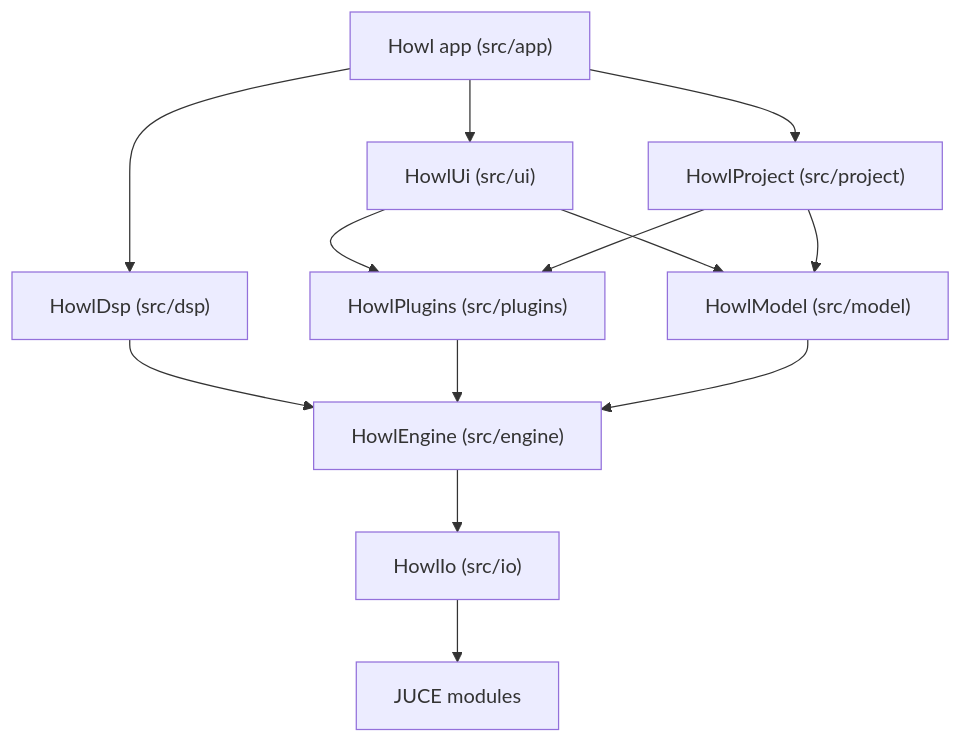
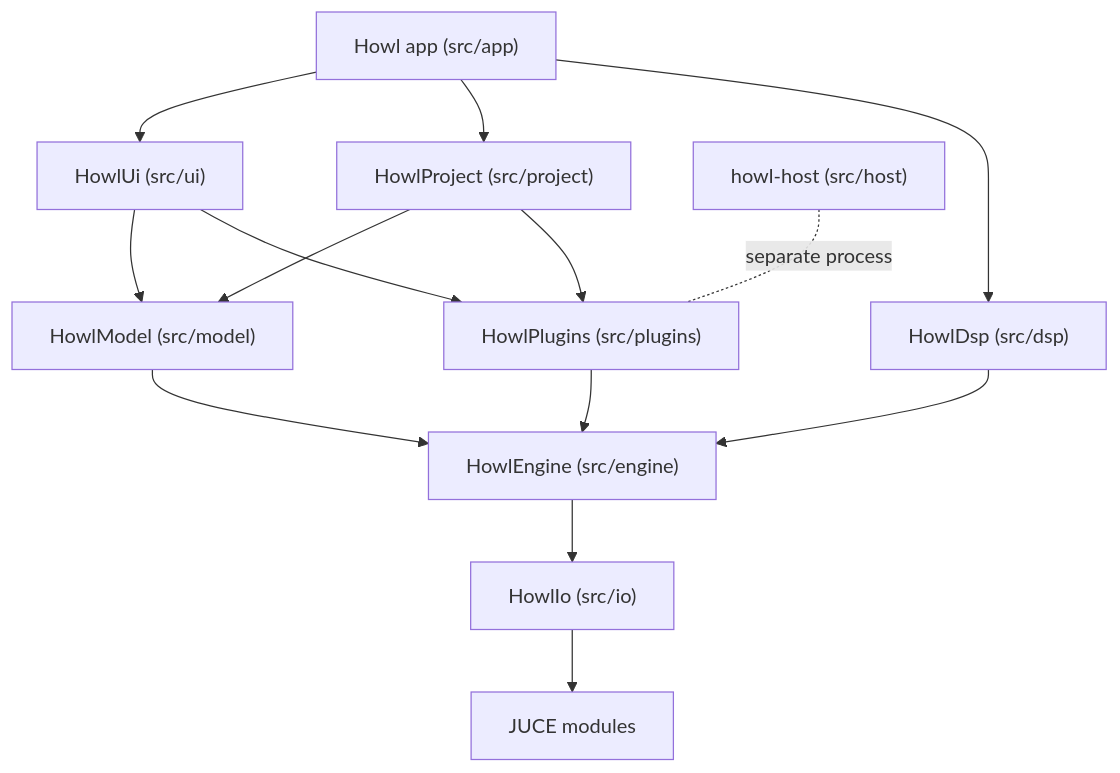
Before and after one commit to ajnieves1/Howl: the diagram in docs/architecture.md, drawn with Mermaid. The commit also changed other lines of this file and 3 other files, not shown here.

First line of the commit message:
bring the reference docs up to date with the current architecture

````diff
--- a/docs/architecture.md
+++ b/docs/architecture.md
@@ -7,15 +7,16 @@
 ```mermaid
 flowchart TD
     App["Howl app (src/app)"] --> Ui["HowlUi (src/ui)"]
     App --> Project["HowlProject (src/project)"]
     App --> Dsp["HowlDsp (src/dsp)"]
     Ui --> Model["HowlModel (src/model)"]
     Ui --> Plugins["HowlPlugins (src/plugins)"]
     Project --> Model
     Project --> Plugins
     Dsp --> Engine["HowlEngine (src/engine)"]
     Plugins --> Engine
     Model --> Engine
     Engine --> Io["HowlIo (src/io)"]
     Io --> JUCE["JUCE modules"]
+    Host["howl-host (src/host)"] -. separate process .- Plugins
 ```
````
